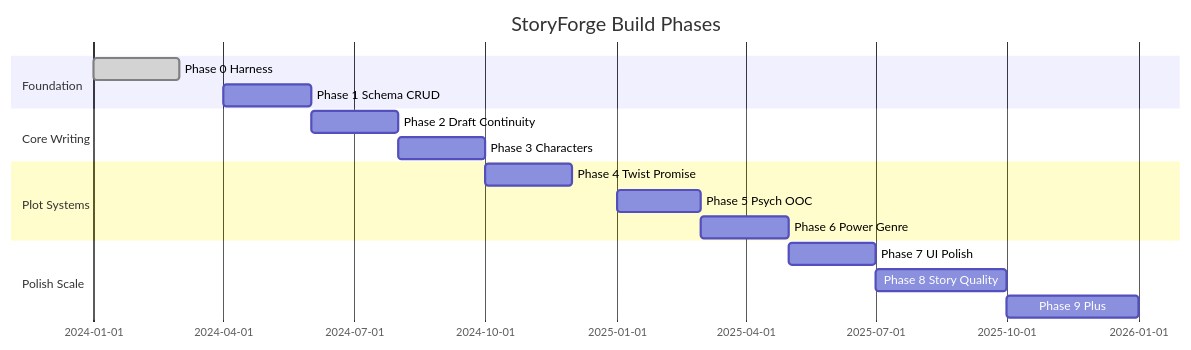
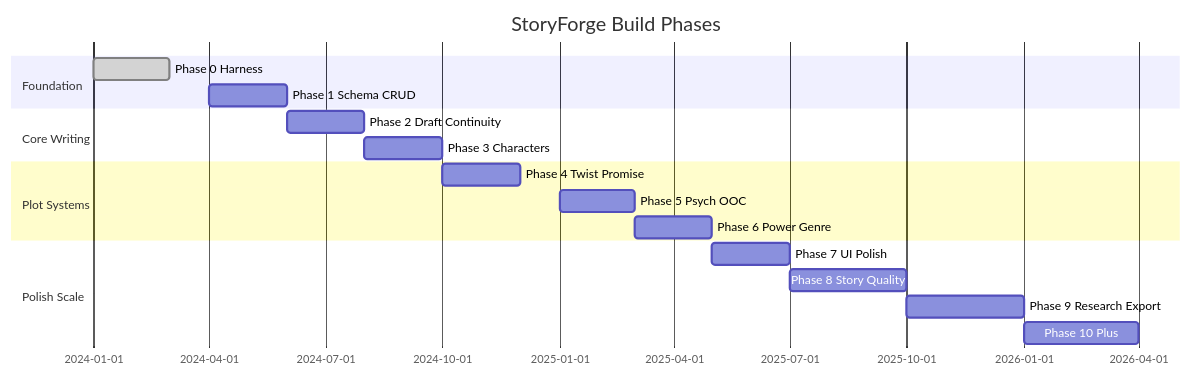
The diagram in docs/product/06-build-plan.md (nkchuong1607/storyforge), drawn with Mermaid before and after one commit. The commit also changed other lines of this file and 14 other files, not shown here.

First line of the commit message:
docs(specs): add Phase 9 research, series, and export contracts

````diff
--- a/docs/product/06-build-plan.md
+++ b/docs/product/06-build-plan.md
@@ -9,19 +9,20 @@
 ```mermaid
 gantt
     title StoryForge Build Phases
     dateFormat YYYY-MM
     section Foundation
     Phase 0 Harness           :done, p0, 2024-01, 2024-03
     Phase 1 Schema CRUD       :p1, 2024-04, 2024-06
     section Core Writing
     Phase 2 Draft Continuity  :p2, 2024-06, 2024-08
     Phase 3 Characters        :p3, 2024-08, 2024-10
     section Plot Systems
     Phase 4 Twist Promise     :p4, 2024-10, 2024-12
     Phase 5 Psych OOC         :p5, 2025-01, 2025-03
     Phase 6 Power Genre       :p6, 2025-03, 2025-05
     section Polish Scale
     Phase 7 UI Polish         :p7, 2025-05, 2025-07
     Phase 8 Story Quality     :p8, 2025-07, 2025-10
-    Phase 9 Plus              :p9, 2025-10, 2026-01
+    Phase 9 Research Export   :p9, 2025-10, 2026-01
+    Phase 10 Plus             :p10, 2026-01, 2026-04
 ```
````
